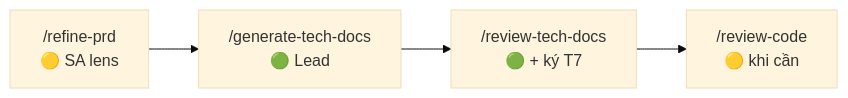
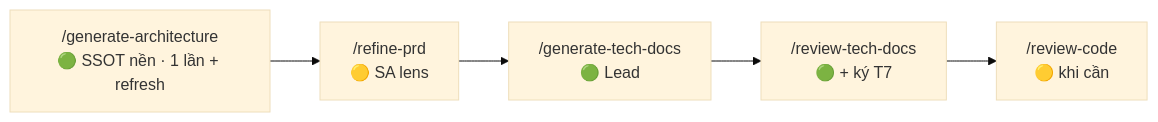
Before and after one commit to duclm2/sdd-guide: the diagram in 03-guides/architect.md, drawn with Mermaid (base theme). The commit also changed other lines of this file and 55 other files, not shown here.

````diff
--- a/03-guides/architect.md
+++ b/03-guides/architect.md
@@ -11,6 +11,7 @@
 ```mermaid
 flowchart LR
-    R["/refine-prd<br/>🟡 SA lens"] --> T["/generate-tech-docs<br/>🟢 Lead"]
+    A["/generate-architecture<br/>🟢 SSOT nền · 1 lần + refresh"] --> R["/refine-prd<br/>🟡 SA lens"]
+    R --> T["/generate-tech-docs<br/>🟢 Lead"]
     T --> RT["/review-tech-docs<br/>🟢 + ký T7"]
     RT --> C["/review-code<br/>🟡 khi cần"]
 ```
````
